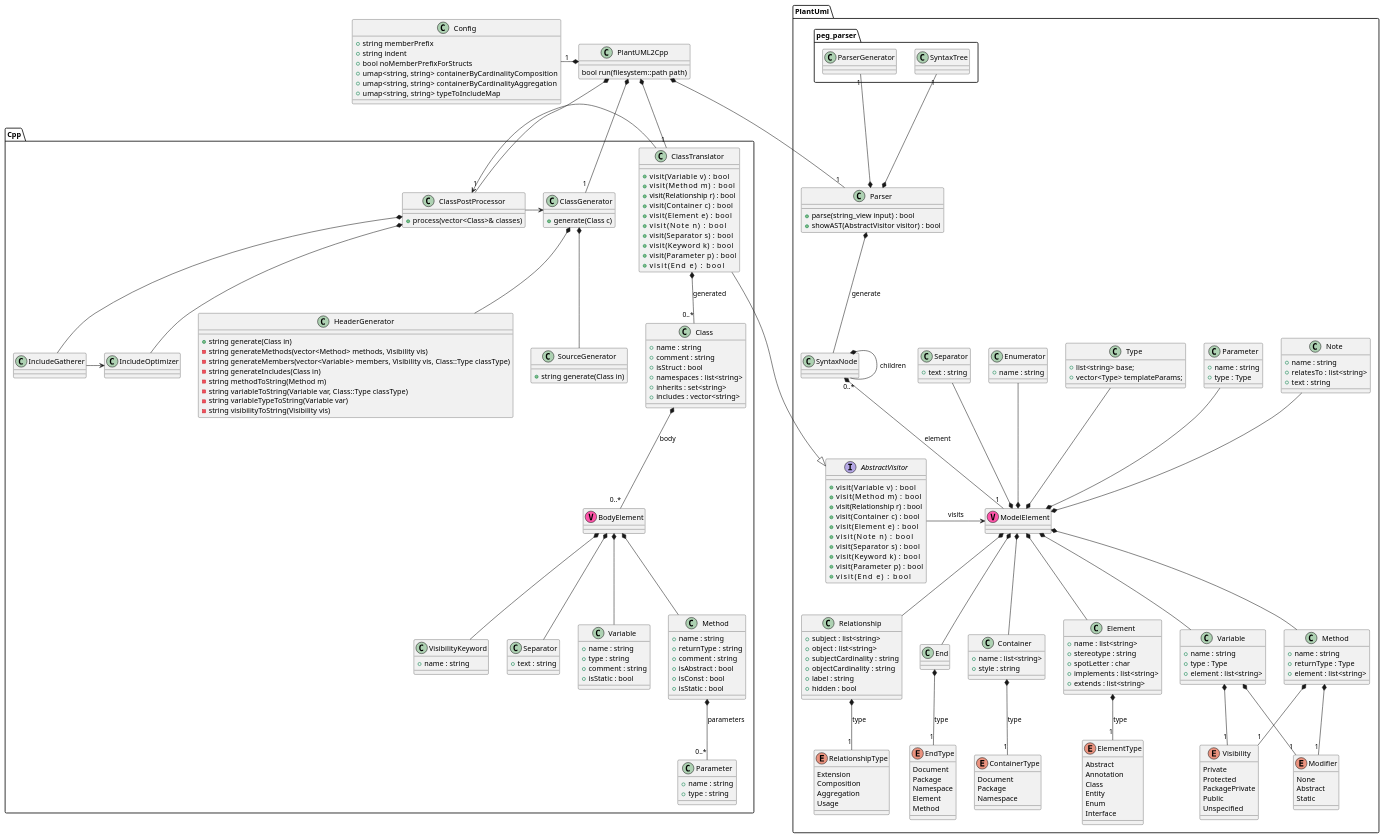
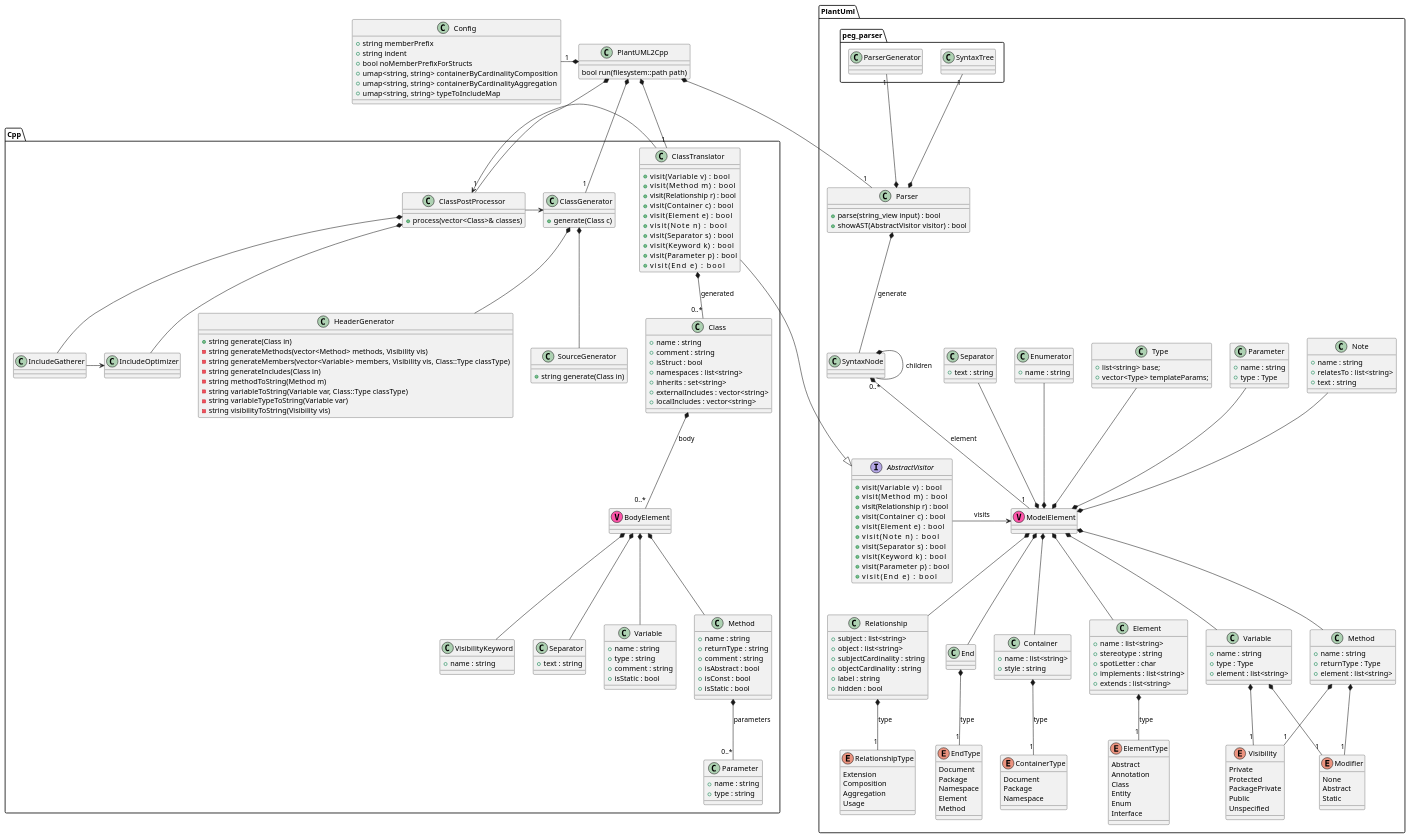
The diagram in models/PlantUML2Cpp.puml (jteuber/PlantUML2Cpp), drawn with PlantUML before and after one commit. The commit also changed 7 other files, not shown here.

```diff
--- a/models/PlantUML2Cpp.puml
+++ b/models/PlantUML2Cpp.puml
@@ -227,7 +227,8 @@
         +isStruct : bool
         +namespaces : list<string>
         +inherits : set<string>
-        +includes : vector<string>
+        +externalIncludes : vector<string>
+        +localIncludes : vector<string>
     }
     class BodyElement << (V,#FF55AA) >>
     class VisibilityKeyword {
```
